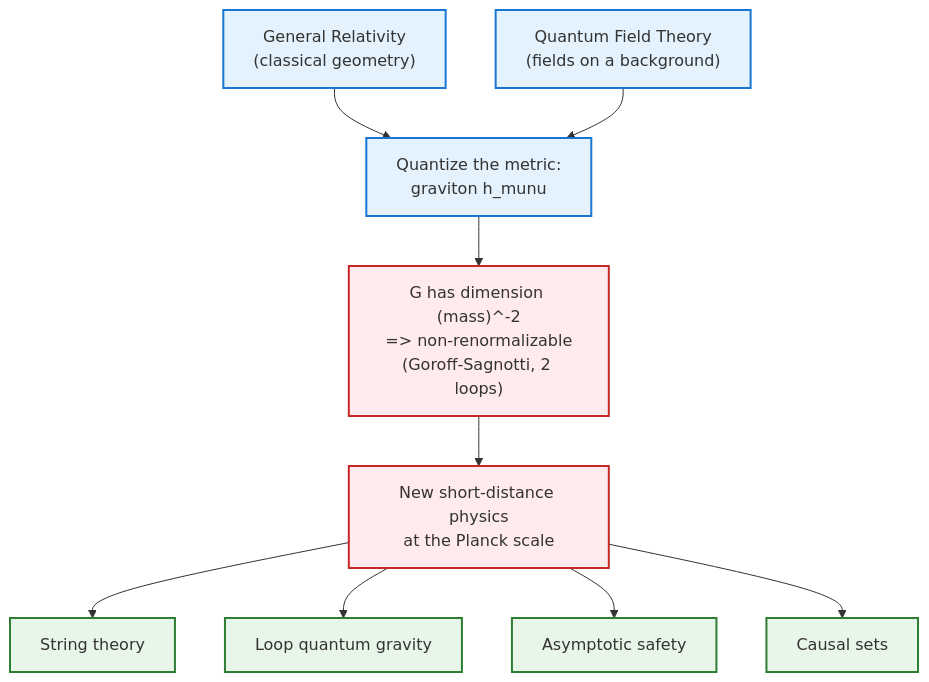
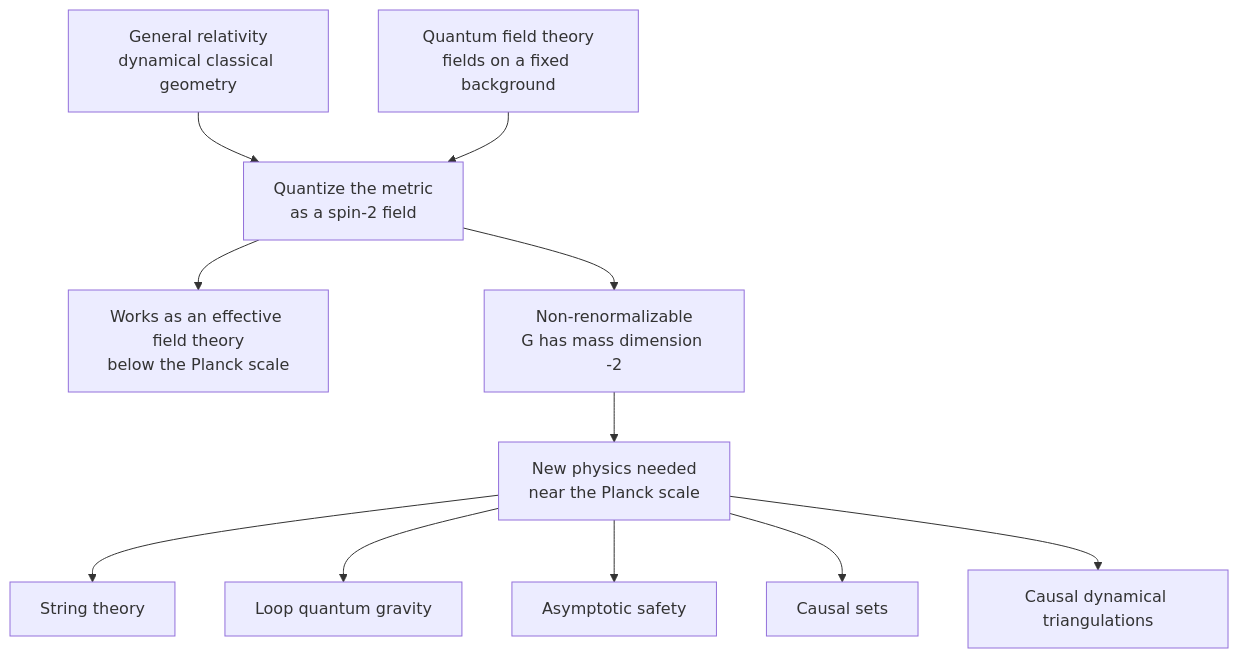
The first of 2 diagrams in github-pages/docs/physics/relativity/quantum-gravity.md (AndrewAltimit/Documentation), drawn with Mermaid before and after one commit. The commit also changed other lines of this file and 240 other files, not shown here.

````diff
--- a/github-pages/docs/physics/relativity/quantum-gravity.md
+++ b/github-pages/docs/physics/relativity/quantum-gravity.md
@@ -87,17 +62,13 @@
 ```mermaid
 graph TD
-    GR["General Relativity<br/>(classical geometry)"] --> QUANT["Quantize the metric:<br/>graviton h_munu"]
-    QFT["Quantum Field Theory<br/>(fields on a background)"] --> QUANT
-    QUANT --> NR["G has dimension (mass)^-2<br/>=> non-renormalizable<br/>(Goroff-Sagnotti, 2 loops)"]
-    NR --> NEW["New short-distance physics<br/>at the Planck scale"]
-    NEW --> ST["String theory"]
-    NEW --> LQG["Loop quantum gravity"]
-    NEW --> AS["Asymptotic safety"]
-    NEW --> CS["Causal sets"]
-    classDef cls fill:#e3f2fd,stroke:#1976d2,stroke-width:2px;
-    classDef prob fill:#ffebee,stroke:#c62828,stroke-width:2px;
-    classDef appr fill:#e8f5e9,stroke:#2e7d32,stroke-width:2px;
-    class GR,QFT,QUANT cls;
-    class NR,NEW prob;
-    class ST,LQG,AS,CS appr;
+    GR["General relativity<br/>dynamical classical geometry"] --> Q["Quantize the metric<br/>as a spin-2 field"]
+    QFT["Quantum field theory<br/>fields on a fixed background"] --> Q
+    Q --> EFT["Works as an effective field theory<br/>below the Planck scale"]
+    Q --> NR["Non-renormalizable<br/>G has mass dimension -2"]
+    NR --> UV["New physics needed<br/>near the Planck scale"]
+    UV --> ST["String theory"]
+    UV --> LQG["Loop quantum gravity"]
+    UV --> AS["Asymptotic safety"]
+    UV --> CST["Causal sets"]
+    UV --> CDT["Causal dynamical triangulations"]
 ```
````
